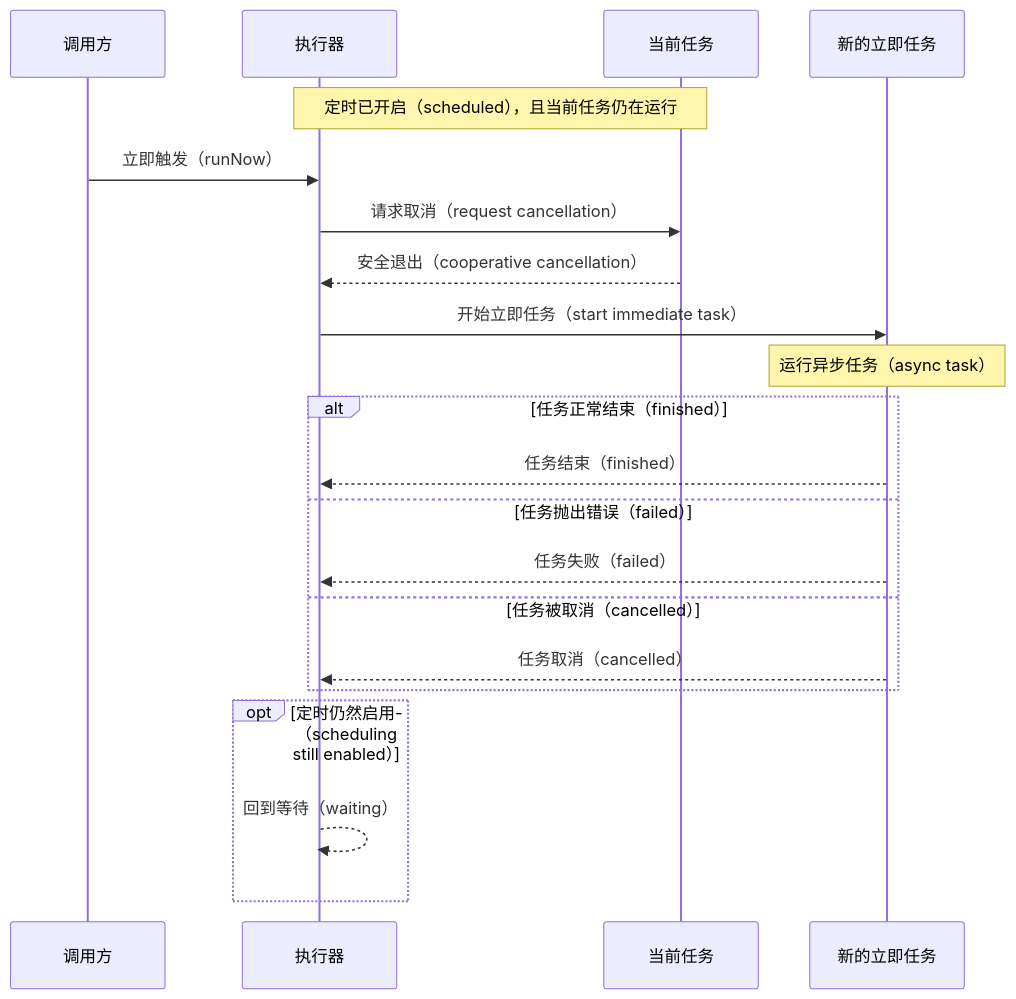
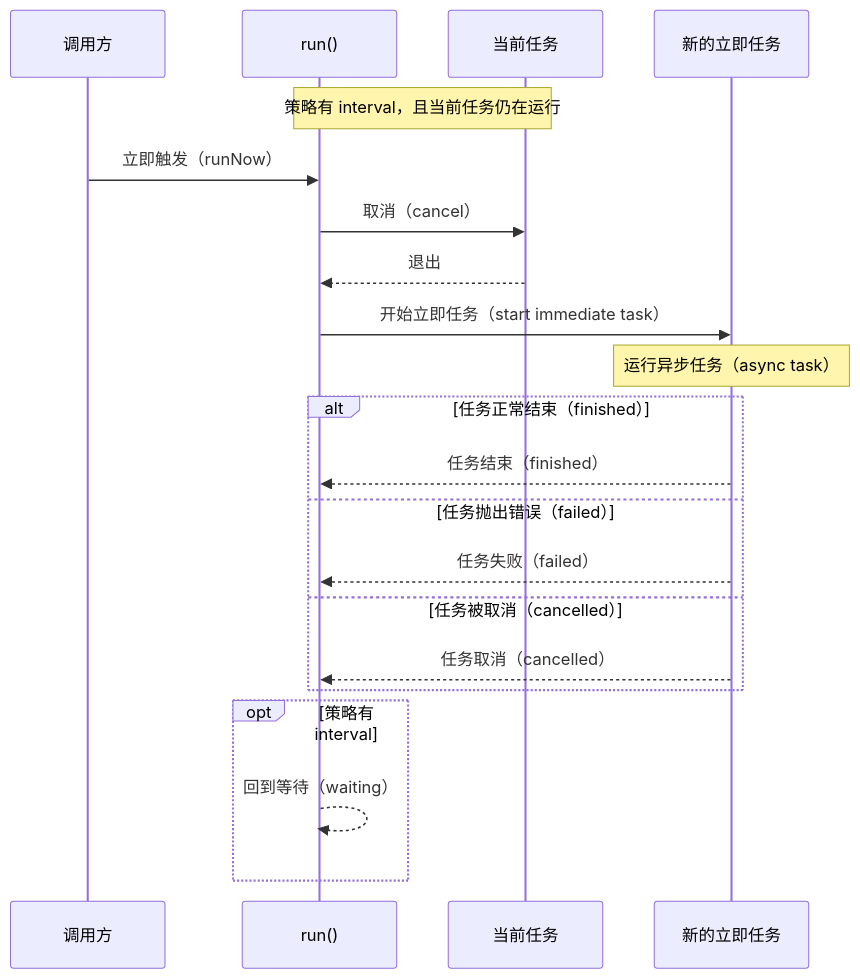
Before and after one commit to shensven/swift-sequential-executor: the second of 2 diagrams in README-zh-CN.md, drawn with Mermaid. The commit also changed other lines of this file and 2 other files, not shown here.

First line of the commit message:
docs: describe the structured run() design and 2.0 migration

````diff
--- a/README-zh-CN.md
+++ b/README-zh-CN.md
@@ -251,27 +277,27 @@
 ```mermaid
 sequenceDiagram
     participant Caller as 调用方
-    participant Executor as 执行器
+    participant Run as run()
     participant CurrentTask as 当前任务
     participant NextTask as 新的立即任务
 
-    Note over Executor,CurrentTask: 定时已开启（scheduled），且当前任务仍在运行
+    Note over Run,CurrentTask: 策略有 interval，且当前任务仍在运行
 
-    Caller->>Executor: 立即触发（runNow）
-    Executor->>CurrentTask: 请求取消（request cancellation）
-    CurrentTask-->>Executor: 安全退出（cooperative cancellation）
-    Executor->>NextTask: 开始立即任务（start immediate task）
+    Caller->>Run: 立即触发（runNow）
+    Run->>CurrentTask: 取消（cancel）
+    CurrentTask-->>Run: 退出
+    Run->>NextTask: 开始立即任务（start immediate task）
     Note over NextTask: 运行异步任务（async task）
 
     alt 任务正常结束（finished）
-        NextTask-->>Executor: 任务结束（finished）
+        NextTask-->>Run: 任务结束（finished）
     else 任务抛出错误（failed）
-        NextTask-->>Executor: 任务失败（failed）
+        NextTask-->>Run: 任务失败（failed）
     else 任务被取消（cancelled）
-        NextTask-->>Executor: 任务取消（cancelled）
+        NextTask-->>Run: 任务取消（cancelled）
     end
 
-    opt 定时仍然启用（scheduling still enabled）
-        Executor-->>Executor: 回到等待（waiting）
+    opt 策略有 interval
+        Run-->>Run: 回到等待（waiting）
     end
 ```
````
